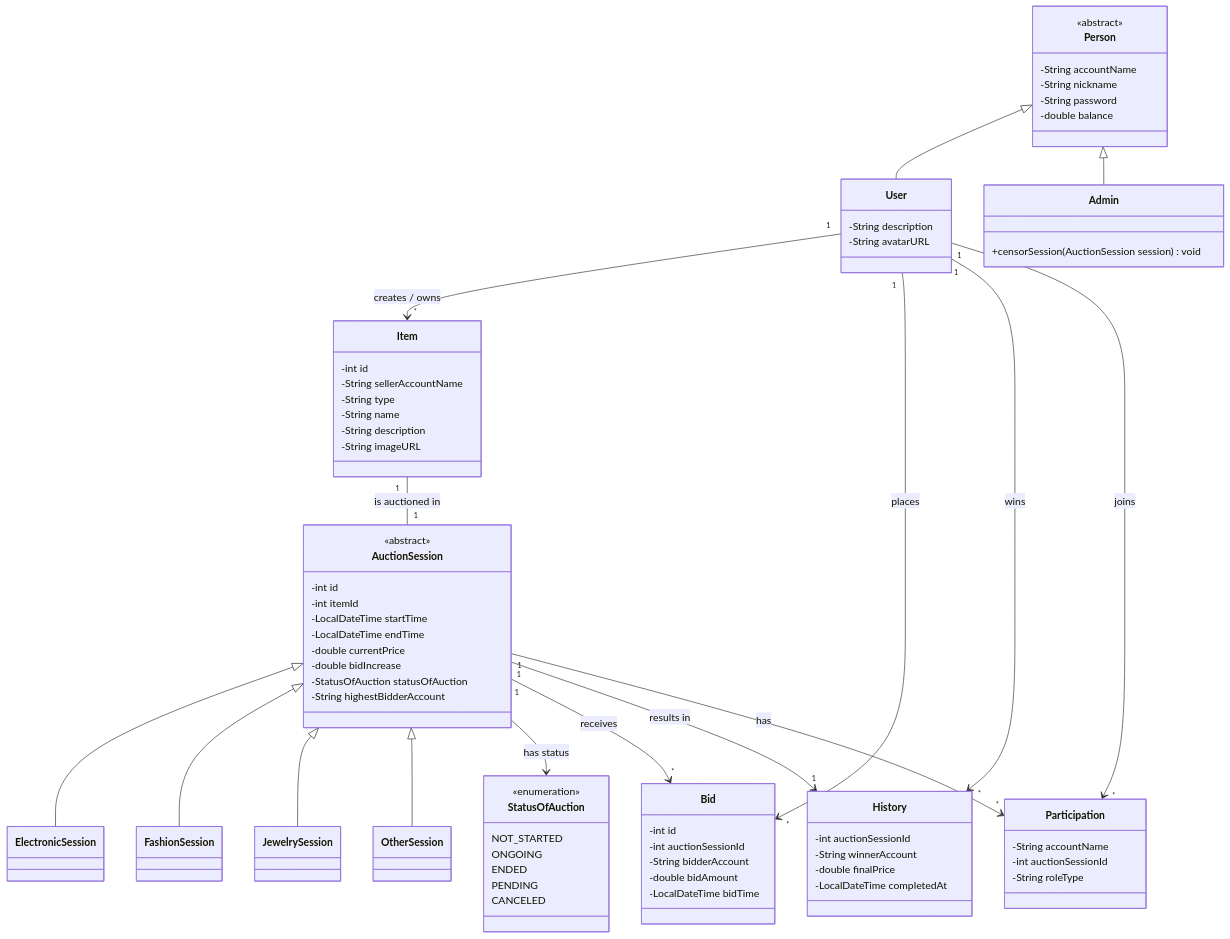
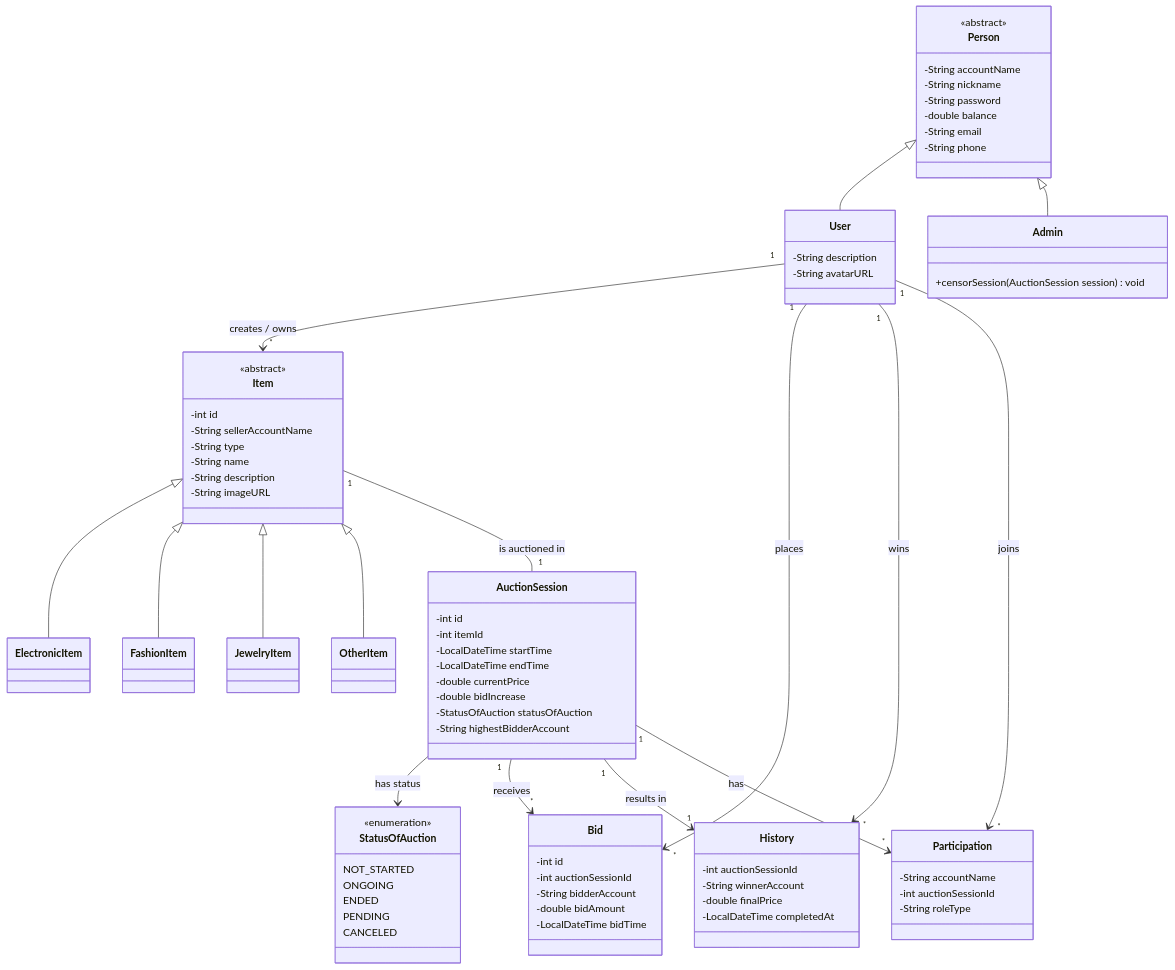
One commit to phudeptraibodoithe/Bai-tap-lon-nhom-6 changed the first of 3 diagrams in README.md. Above: the diagram before and after it, drawn with Mermaid.

Commit message:
docs: chỉnh sửa UML

```diff
--- a/README.md
+++ b/README.md
@@ -43,6 +43,8 @@
         -String nickname
         -String password
         -double balance
+        -String email
+        -String phone
     }
 
     class User {
@@ -57,8 +59,9 @@
     Person <|-- User
     Person <|-- Admin
 
-    %% --- PHẦN ITEM (BẢNG MỚI ĐƯỢC TÁCH RA) ---
+    %% --- PHẦN ITEM (ABSTRACT CLASS & SUBCLASSES) ---
     class Item {
+        <<abstract>>
         -int id
         -String sellerAccountName
         -String type
@@ -67,9 +70,22 @@
         -String imageURL
     }
 
-    %% --- PHẦN SESSION ---
+    class ElectronicItem {
+    }
+    class FashionItem {
+    }
+    class JewelryItem {
+    }
+    class OtherItem {
+    }
+
+    Item <|-- ElectronicItem
+    Item <|-- FashionItem
+    Item <|-- JewelryItem
+    Item <|-- OtherItem
+
+    %% --- PHẦN SESSION (CONCRETE CLASS) ---
     class AuctionSession {
-        <<abstract>>
         -int id
         -int itemId
         -LocalDateTime startTime
@@ -79,21 +95,6 @@
         -StatusOfAuction statusOfAuction
         -String highestBidderAccount
     }
-
-    %% Các Class con của AuctionSession
-    class ElectronicSession {
-    }
-    class FashionSession {
-    }
-    class JewelrySession {
-    }
-    class OtherSession {
-    }
-
-    AuctionSession <|-- ElectronicSession
-    AuctionSession <|-- FashionSession
-    AuctionSession <|-- JewelrySession
-    AuctionSession <|-- OtherSession
 
     AuctionSession --> StatusOfAuction : has status
 
```
